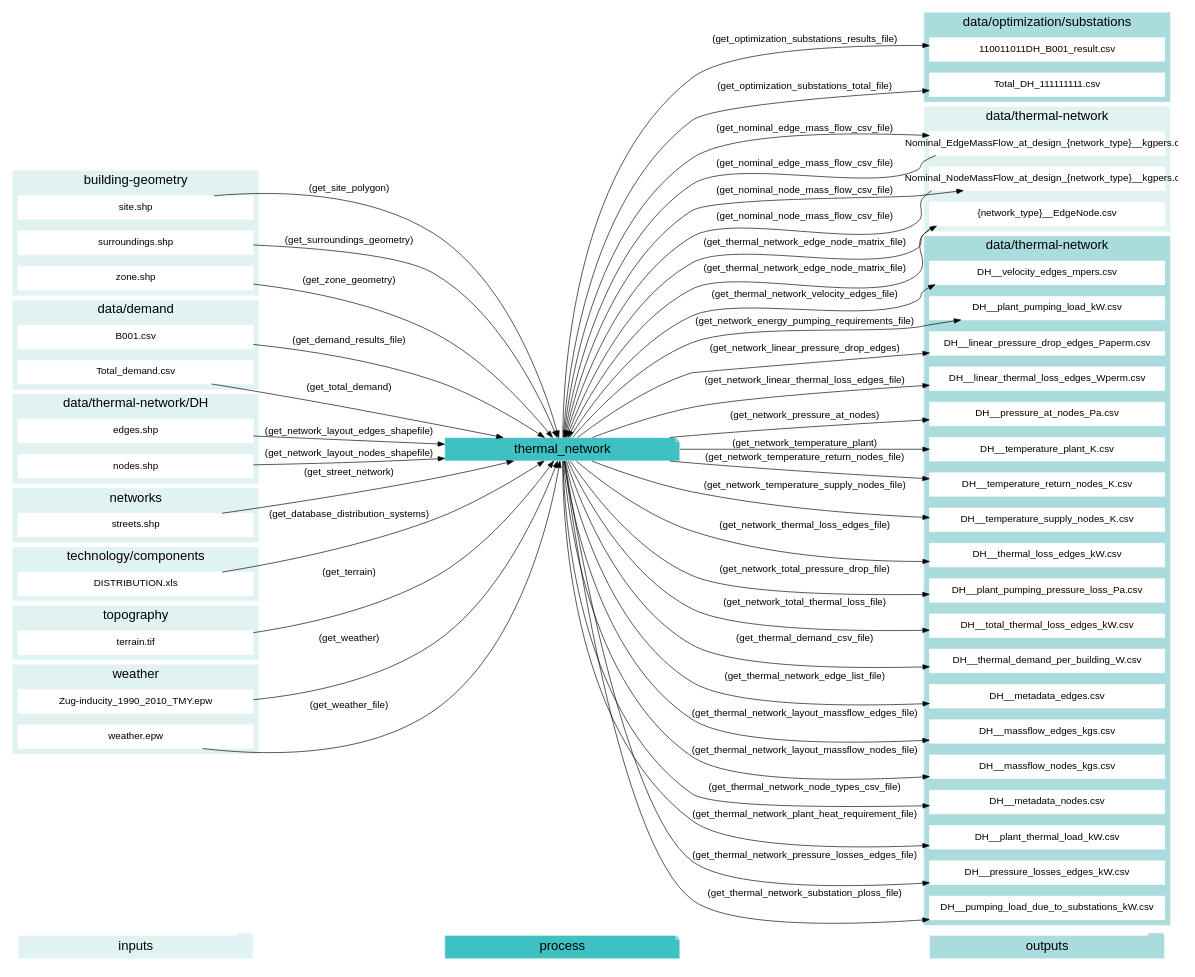
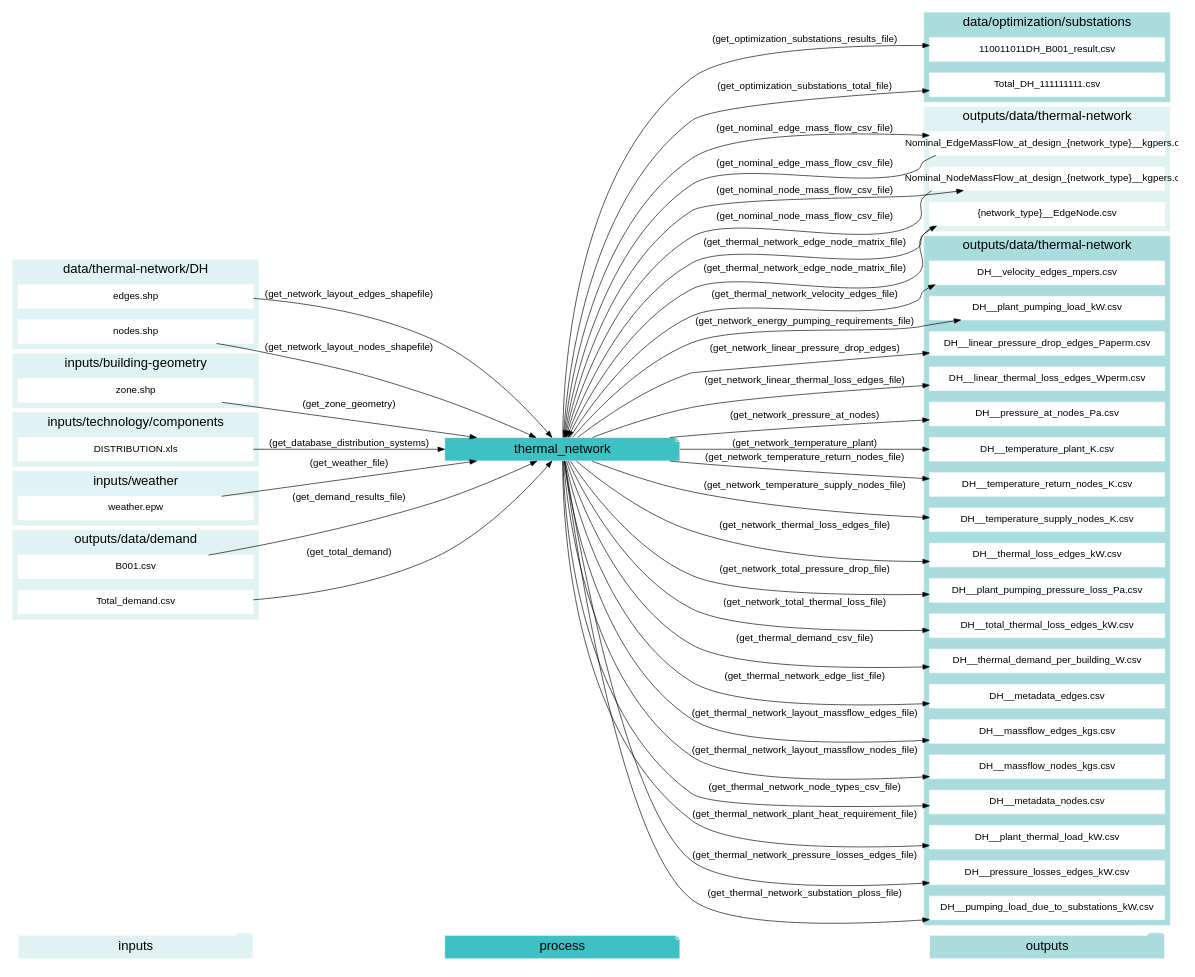
Before and after one commit to architecture-building-systems/CityEnergyAnalyst: diagram 13 of 23 in docs/script-data-flow.rst, drawn with Graphviz. The commit also changed other lines of this file and 25 other files, not shown here.

Commit message:
cleaning up cea-doc graphviz

```diff
--- a/docs/script-data-flow.rst
+++ b/docs/script-data-flow.rst
@@ -1100,6 +738,6 @@
 .. graphviz::
 
-    digraph trace_inputlocator {
+    digraph thermal_network {
     rankdir="LR";
     graph [overlap=false, fontname=arial];
     node [shape=box, style=filled, color=white, fontsize=15, fontname=arial, fixedsize=true, width=5];
@@ -1115,26 +753,7 @@
     "process"->"outputs"[style=invis]
     }
     "thermal_network"[style=filled, color=white, fillcolor="#3FC0C2", shape=note, fontsize=20, fontname=arial];
-    subgraph cluster_0_in {
-        style = filled;
-        color = "#E1F2F2";
-        fontsize = 20;
-        rank=same;
-        label="building-geometry";
-        "site.shp"
-        "surroundings.shp"
-        "zone.shp"
-    }
-    subgraph cluster_1_in {
-        style = filled;
-        color = "#E1F2F2";
-        fontsize = 20;
-        rank=same;
-        label="data/demand";
-        "B001.csv"
-        "Total_demand.csv"
-    }
-    subgraph cluster_2_out {
+    subgraph cluster_0_out {
         style = filled;
         color = "#aadcdd";
         fontsize = 20;
@@ -1143,22 +762,64 @@
         "110011011DH_B001_result.csv"
         "Total_DH_111111111.csv"
     }
+    subgraph cluster_1_in {
+        style = filled;
+        color = "#E1F2F2";
+        fontsize = 20;
+        rank=same;
+        label="data/thermal-network/DH";
+        "edges.shp"
+        "nodes.shp"
+    }
+    subgraph cluster_2_in {
+        style = filled;
+        color = "#E1F2F2";
+        fontsize = 20;
+        rank=same;
+        label="inputs/building-geometry";
+        "zone.shp"
+    }
     subgraph cluster_3_in {
         style = filled;
         color = "#E1F2F2";
         fontsize = 20;
         rank=same;
-        label="data/thermal-network";
+        label="inputs/technology/components";
+        "DISTRIBUTION.xls"
+    }
+    subgraph cluster_4_in {
+        style = filled;
+        color = "#E1F2F2";
+        fontsize = 20;
+        rank=same;
+        label="inputs/weather";
+        "weather.epw"
+    }
+    subgraph cluster_5_in {
+        style = filled;
+        color = "#E1F2F2";
+        fontsize = 20;
+        rank=same;
+        label="outputs/data/demand";
+        "B001.csv"
+        "Total_demand.csv"
+    }
+    subgraph cluster_6_in {
+        style = filled;
+        color = "#E1F2F2";
+        fontsize = 20;
+        rank=same;
+        label="outputs/data/thermal-network";
         "Nominal_EdgeMassFlow_at_design_{network_type}__kgpers.csv"
         "Nominal_NodeMassFlow_at_design_{network_type}__kgpers.csv"
         "{network_type}__EdgeNode.csv"
     }
-    subgraph cluster_3_out {
+    subgraph cluster_6_out {
         style = filled;
         color = "#aadcdd";
         fontsize = 20;
         rank=same;
-        label="data/thermal-network";
+        label="outputs/data/thermal-network";
         "DH__plant_pumping_load_kW.csv"
         "DH__linear_pressure_drop_edges_Paperm.csv"
         "DH__linear_thermal_loss_edges_Wperm.csv"
@@ -1182,61 +843,14 @@
         "DH__pumping_load_due_to_substations_kW.csv"
         "DH__velocity_edges_mpers.csv"
     }
-    subgraph cluster_4_in {
-        style = filled;
-        color = "#E1F2F2";
-        fontsize = 20;
-        rank=same;
-        label="data/thermal-network/DH";
-        "edges.shp"
-        "nodes.shp"
-    }
-    subgraph cluster_5_in {
-        style = filled;
-        color = "#E1F2F2";
-        fontsize = 20;
-        rank=same;
-        label="networks";
-        "streets.shp"
-    }
-    subgraph cluster_6_in {
-        style = filled;
-        color = "#E1F2F2";
-        fontsize = 20;
-        rank=same;
-        label="technology/components";
-        "DISTRIBUTION.xls"
-    }
-    subgraph cluster_7_in {
-        style = filled;
-        color = "#E1F2F2";
-        fontsize = 20;
-        rank=same;
-        label="topography";
-        "terrain.tif"
-    }
-    subgraph cluster_8_in {
-        style = filled;
-        color = "#E1F2F2";
-        fontsize = 20;
-        rank=same;
-        label="weather";
-        "Zug-inducity_1990_2010_TMY.epw"
-        "weather.epw"
-    }
     "DISTRIBUTION.xls" -> "thermal_network"[label="(get_database_distribution_systems)"]
     "B001.csv" -> "thermal_network"[label="(get_demand_results_file)"]
     "edges.shp" -> "thermal_network"[label="(get_network_layout_edges_shapefile)"]
     "nodes.shp" -> "thermal_network"[label="(get_network_layout_nodes_shapefile)"]
     "Nominal_EdgeMassFlow_at_design_{network_type}__kgpers.csv" -> "thermal_network"[label="(get_nominal_edge_mass_flow_csv_file)"]
     "Nominal_NodeMassFlow_at_design_{network_type}__kgpers.csv" -> "thermal_network"[label="(get_nominal_node_mass_flow_csv_file)"]
-    "site.shp" -> "thermal_network"[label="(get_site_polygon)"]
-    "streets.shp" -> "thermal_network"[label="(get_street_network)"]
-    "surroundings.shp" -> "thermal_network"[label="(get_surroundings_geometry)"]
-    "terrain.tif" -> "thermal_network"[label="(get_terrain)"]
     "{network_type}__EdgeNode.csv" -> "thermal_network"[label="(get_thermal_network_edge_node_matrix_file)"]
     "Total_demand.csv" -> "thermal_network"[label="(get_total_demand)"]
-    "Zug-inducity_1990_2010_TMY.epw" -> "thermal_network"[label="(get_weather)"]
     "weather.epw" -> "thermal_network"[label="(get_weather_file)"]
     "zone.shp" -> "thermal_network"[label="(get_zone_geometry)"]
     "thermal_network" -> "DH__plant_pumping_load_kW.csv"[label="(get_network_energy_pumping_requirements_file)"]
```
